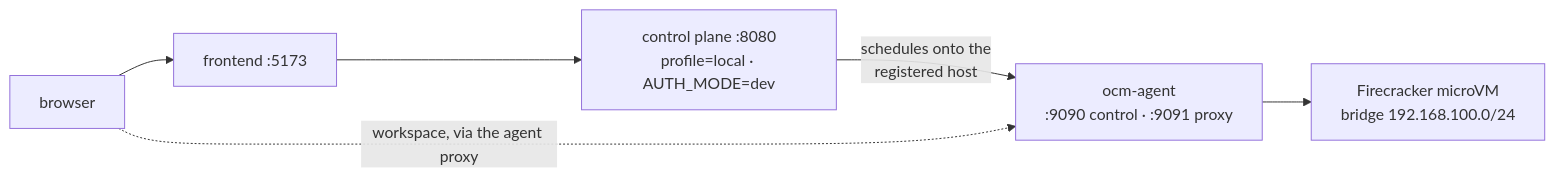
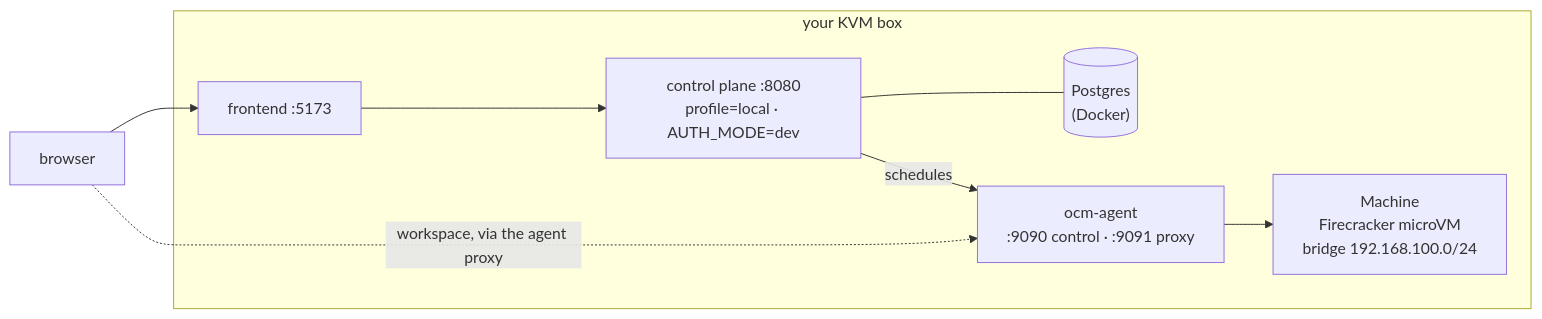
Before and after one commit to mathaix/OpenClawMachines: the second of 4 diagrams in docs/getting-started.md, drawn with Mermaid. The commit also changed other lines of this file, not shown here.

First line of the commit message:
docs: per-stage architecture diagrams that show the same stack growing

````diff
--- a/docs/getting-started.md
+++ b/docs/getting-started.md
@@ -33,8 +35,12 @@
 ```mermaid
 flowchart LR
-    B["browser"] --> FE["frontend :5173"]
-    FE --> CP["control plane :8080<br/>profile=local · AUTH_MODE=dev"]
-    CP -->|schedules onto the<br/>registered host| AG["ocm-agent<br/>:9090 control · :9091 proxy"]
-    AG --> VM["Firecracker microVM<br/>bridge 192.168.100.0/24"]
+    B["browser"]
+    subgraph BOX["your KVM box"]
+        FE["frontend :5173"] --> CP["control plane :8080<br/>profile=local · AUTH_MODE=dev"]
+        CP --- DB[("Postgres<br/>(Docker)")]
+        CP -->|schedules| AG["ocm-agent<br/>:9090 control · :9091 proxy"]
+        AG --> VM["Machine<br/>Firecracker microVM<br/>bridge 192.168.100.0/24"]
+    end
+    B --> FE
     B -.->|workspace, via the agent proxy| AG
 ```
````
